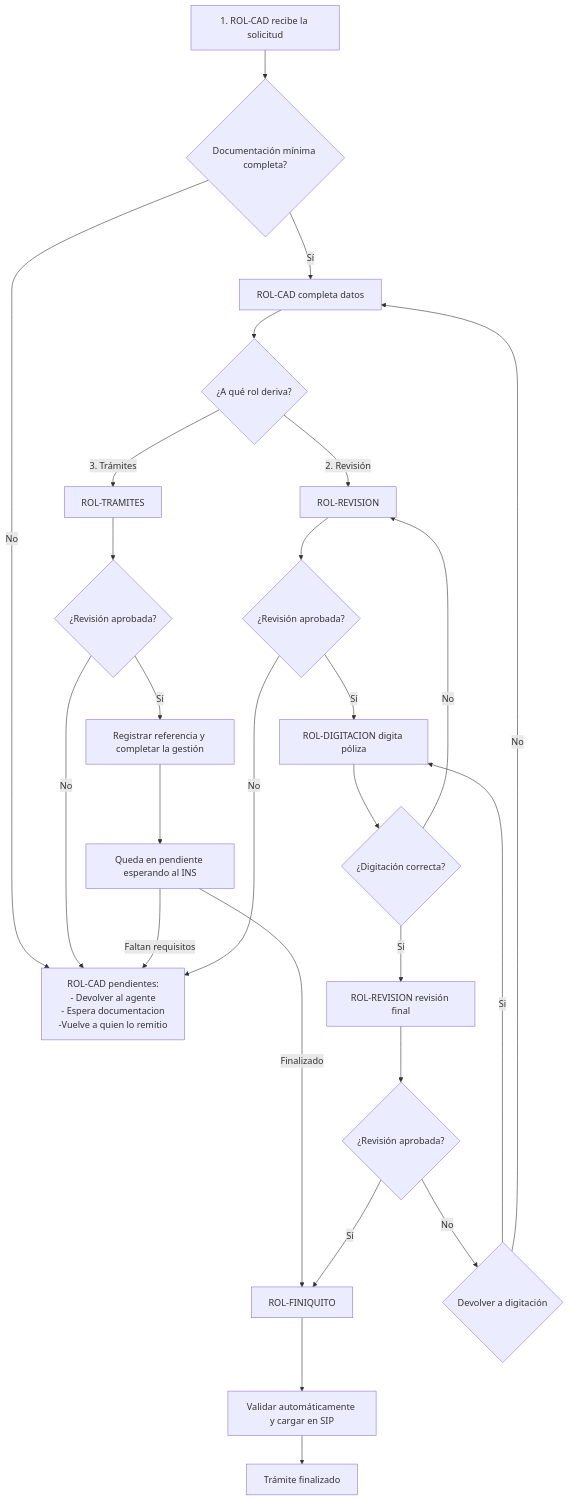
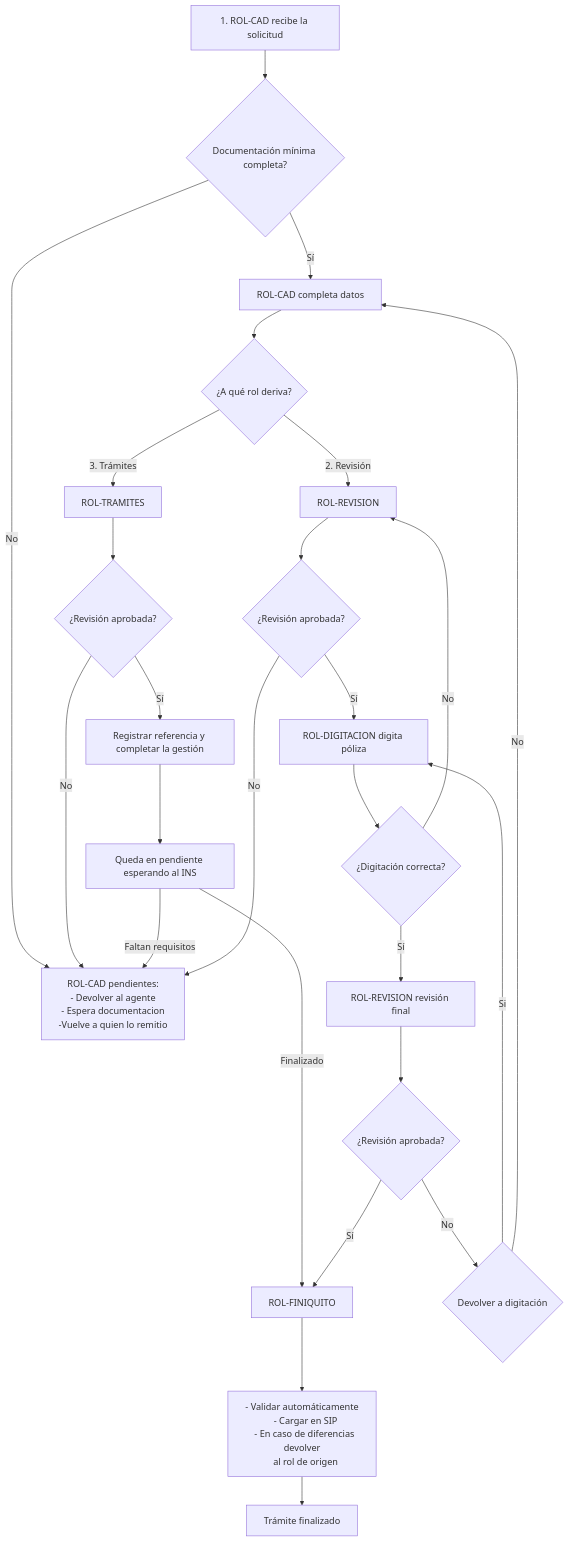
The diagram in docs/tramites/emision-hogar-comprensivo.md (LuisPignataro/Tramites-Docs), drawn with Mermaid before and after one commit. The commit also changed other lines of this file and 3 other files, not shown here.

````diff
--- a/docs/tramites/emision-hogar-comprensivo.md
+++ b/docs/tramites/emision-hogar-comprensivo.md
@@ -107,42 +107,45 @@
 ```mermaid
 flowchart TD
   A["1. ROL-CAD recibe la solicitud"] --> B{"Documentación mínima completa?"}
   B -->|"No"| C["ROL-CAD pendientes: 
    - Devolver al agente
    - Espera documentacion
    -Vuelve a quien lo remitio
   "]
   B -->|"Sí"| D["ROL-CAD completa datos"]
 
   D --> E{"¿A qué rol deriva?"}
   E -->|"2. Revisión"| F["ROL-REVISION"]
   E -->|"3. Trámites"| G["ROL-TRAMITES"]
 
   G --> M{"¿Revisión aprobada?"}
   M -->|"No"| C
   M -->|"Sí"| K1
 
   K1["Registrar referencia y completar la gestión"]
   K1 --> K2["Queda en pendiente esperando al INS"]
   K2 -->|"Finalizado"| I["ROL-FINIQUITO"]
   K2 -->|"Faltan requisitos"| C
 
   F --> J{"¿Revisión aprobada?"}
   J -->|"No"| C
   J -->|"Sí"| H["ROL-DIGITACION digita póliza"]
 
   H --> K{"¿Digitación correcta?"}
   K -->|"No"| F
   K -->|"Sí"| R["ROL-REVISION revisión final"]
   
   R --> S{"¿Revisión aprobada?"}
   S -->|"No"| P{"Devolver a digitación"}
   P --> |"Si"| H
   P -->|"No"| D
   S -->|"Sí"| I["ROL-FINIQUITO"]
 
-  I --> N["Validar automáticamente y cargar en SIP"]
+  I --> N["- Validar automáticamente
+   - Cargar en SIP
+   - En caso de diferencias devolver
+   al rol de origen"]
   N --> O["Trámite finalizado"]
 
 
 ```
````
